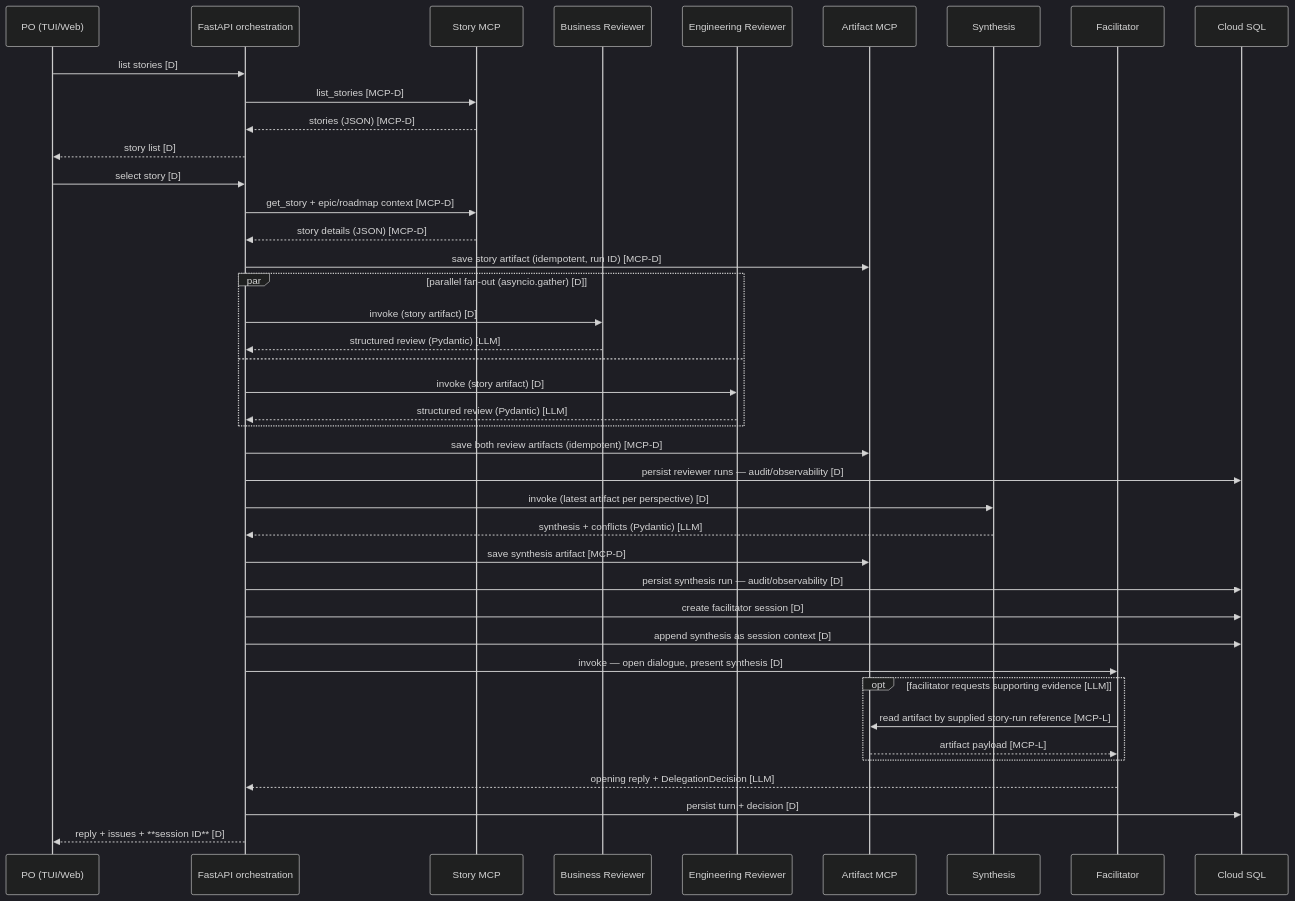
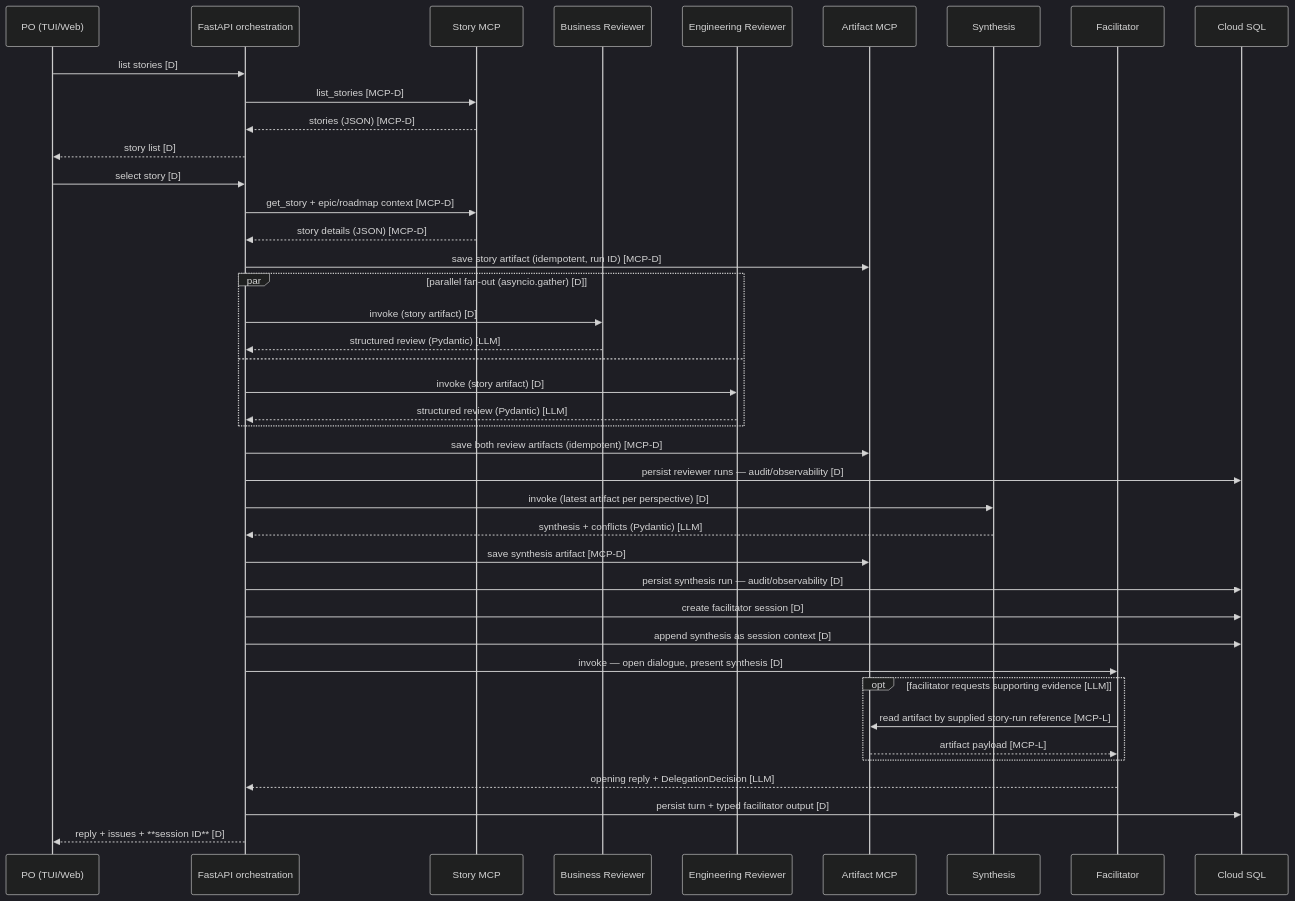
One commit to MMZ993/story-review changed the first of 4 diagrams in docs/design/data-flow.md. Above: the diagram before and after it, drawn with Mermaid (dark theme). The commit also changed other lines of this file and 6 other files, not shown here.

Commit message:
docs: add typed facilitator turn output and finalization rollback branches

````diff
--- a/docs/design/data-flow.md
+++ b/docs/design/data-flow.md
@@ -17,44 +17,44 @@
 ```mermaid
 sequenceDiagram
     participant PO as PO (TUI/Web)
     participant F as FastAPI orchestration
     participant S as Story MCP
     participant B as Business Reviewer
     participant E as Engineering Reviewer
     participant A as Artifact MCP
     participant Y as Synthesis
     participant T as Facilitator
     participant C as Cloud SQL
 
     PO->>F: list stories [D]
     F->>S: list_stories [MCP-D]
     S-->>F: stories (JSON) [MCP-D]
     F-->>PO: story list [D]
     PO->>F: select story [D]
     F->>S: get_story + epic/roadmap context [MCP-D]
     S-->>F: story details (JSON) [MCP-D]
     F->>A: save story artifact (idempotent, run ID) [MCP-D]
     par parallel fan-out (asyncio.gather) [D]
         F->>B: invoke (story artifact) [D]
         B-->>F: structured review (Pydantic) [LLM]
     and
         F->>E: invoke (story artifact) [D]
         E-->>F: structured review (Pydantic) [LLM]
     end
     F->>A: save both review artifacts (idempotent) [MCP-D]
     F->>C: persist reviewer runs — audit/observability [D]
     F->>Y: invoke (latest artifact per perspective) [D]
     Y-->>F: synthesis + conflicts (Pydantic) [LLM]
     F->>A: save synthesis artifact [MCP-D]
     F->>C: persist synthesis run — audit/observability [D]
     F->>C: create facilitator session [D]
     F->>C: append synthesis as session context [D]
     F->>T: invoke — open dialogue, present synthesis [D]
     opt facilitator requests supporting evidence [LLM]
         T->>A: read artifact by supplied story-run reference [MCP-L]
         A-->>T: artifact payload [MCP-L]
     end
     T-->>F: opening reply + DelegationDecision [LLM]
-    F->>C: persist turn + decision [D]
+    F->>C: persist turn + typed facilitator output [D]
     F-->>PO: reply + issues + **session ID** [D]
 ```
````
